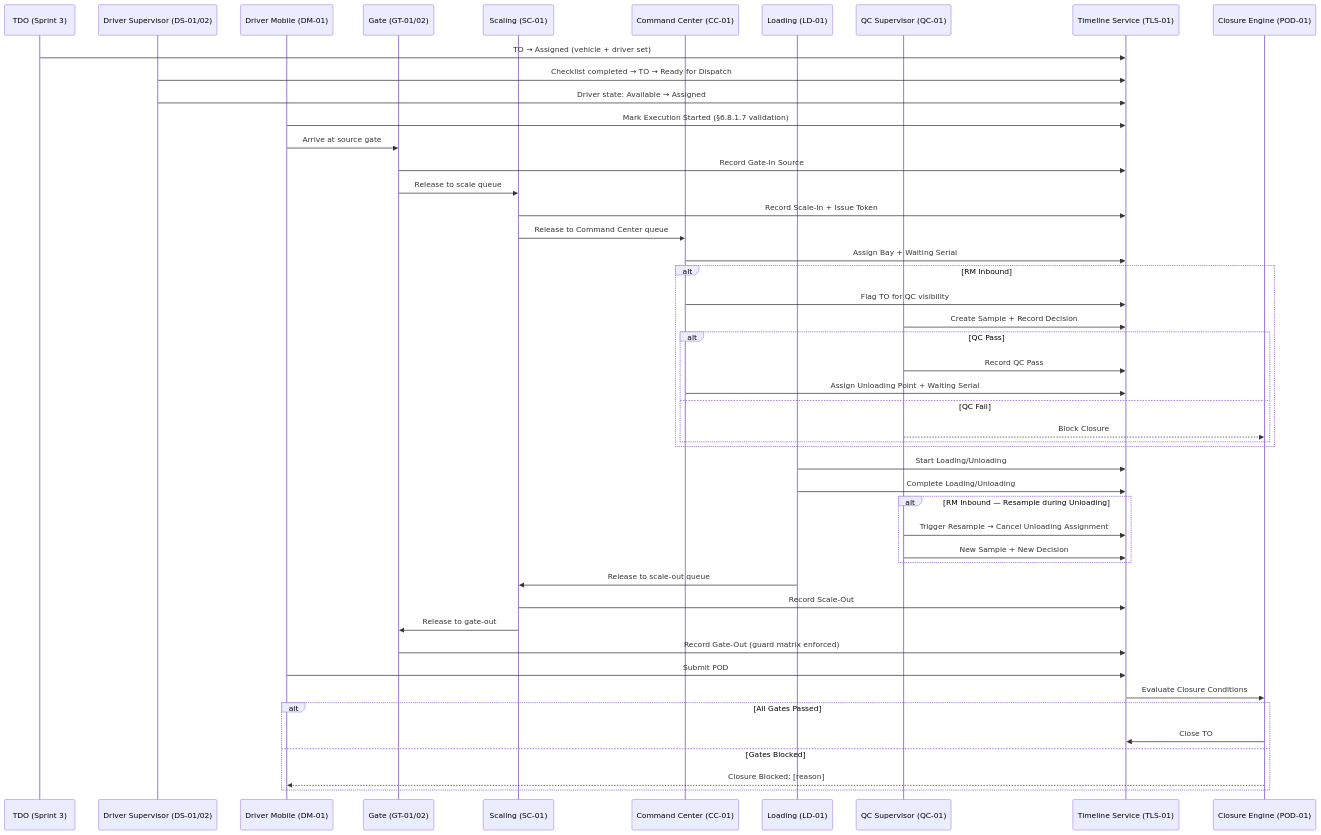
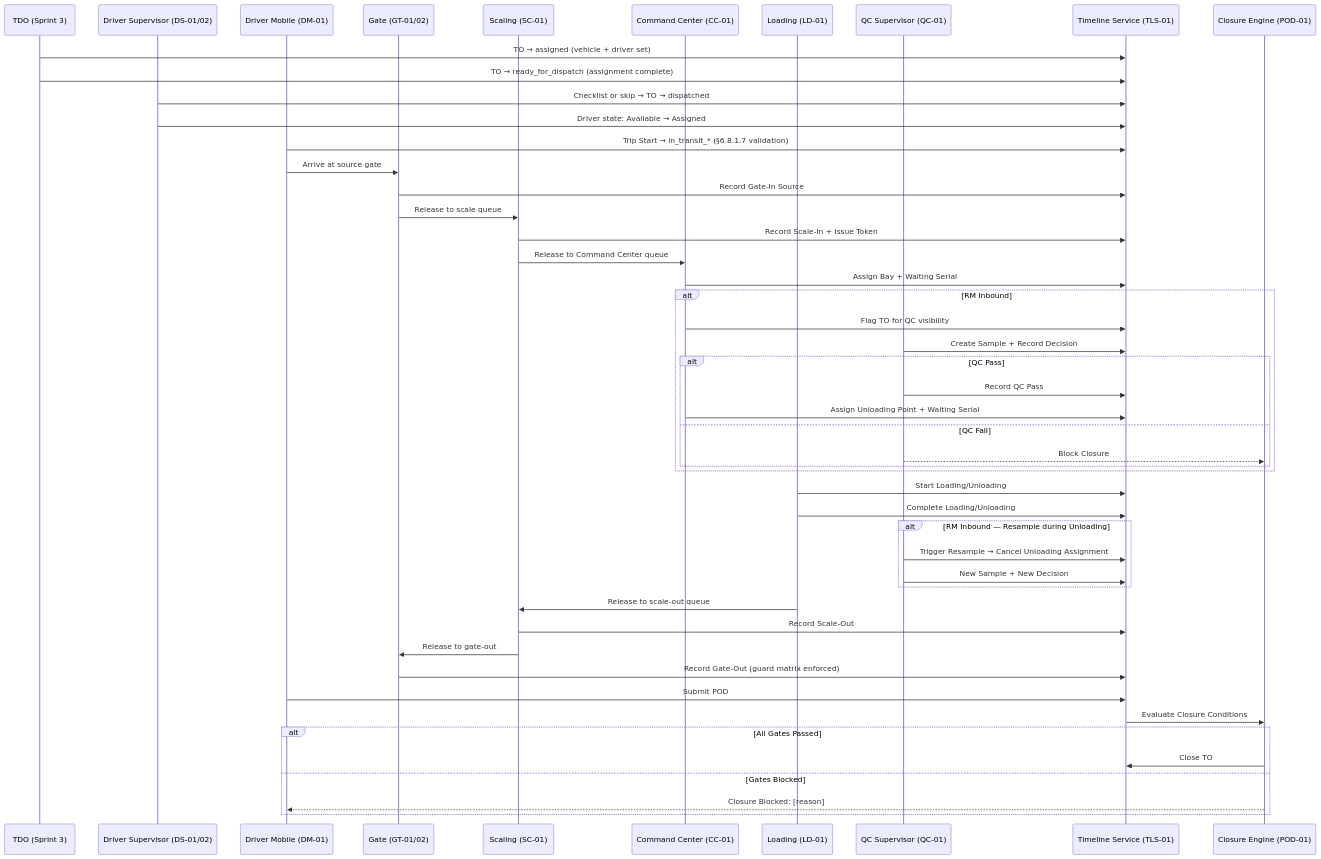
Before and after one commit to sbu-europe/dfms-naming-campaign: the diagram in 05-modules/SPRINT-4-IMPLEMENTATION-OVERVIEW.md, drawn with Mermaid. The commit also changed other lines of this file and 6 other files, not shown here.

Commit message:
feat(Sprint-5): Enhance feedback resolution and execution flow documentation for TO state sequence alignment. Update AC amendment for cross-story alignment, clarify driver interface transitions, and revise implementation overview to reflect changes in status handling and last updated dates.

````diff
--- a/05-modules/SPRINT-4-IMPLEMENTATION-OVERVIEW.md
+++ b/05-modules/SPRINT-4-IMPLEMENTATION-OVERVIEW.md
@@ -402,51 +404,52 @@
 ```mermaid
 sequenceDiagram
     participant TDO as TDO (Sprint 3)
     participant Supervisor as Driver Supervisor (DS-01/02)
     participant Driver as Driver Mobile (DM-01)
     participant Gate as Gate (GT-01/02)
     participant Scale as Scaling (SC-01)
     participant CC as Command Center (CC-01)
     participant Load as Loading (LD-01)
     participant QC as QC Supervisor (QC-01)
     participant Timeline as Timeline Service (TLS-01)
     participant Closure as Closure Engine (POD-01)
     
-    TDO->>Timeline: TO → Assigned (vehicle + driver set)
-    Supervisor->>Timeline: Checklist completed → TO → Ready for Dispatch
+    TDO->>Timeline: TO → assigned (vehicle + driver set)
+    TDO->>Timeline: TO → ready_for_dispatch (assignment complete)
+    Supervisor->>Timeline: Checklist or skip → TO → dispatched
     Supervisor->>Timeline: Driver state: Available → Assigned
-    Driver->>Timeline: Mark Execution Started (§6.8.1.7 validation)
+    Driver->>Timeline: Trip Start → in_transit_* (§6.8.1.7 validation)
     Driver->>Gate: Arrive at source gate
     Gate->>Timeline: Record Gate-In Source
     Gate->>Scale: Release to scale queue
     Scale->>Timeline: Record Scale-In + Issue Token
     Scale->>CC: Release to Command Center queue
     CC->>Timeline: Assign Bay + Waiting Serial
     alt RM Inbound
         CC->>Timeline: Flag TO for QC visibility
         QC->>Timeline: Create Sample + Record Decision
         alt QC Pass
             QC->>Timeline: Record QC Pass
             CC->>Timeline: Assign Unloading Point + Waiting Serial
         else QC Fail
             QC-->>Closure: Block Closure
         end
     end
     Load->>Timeline: Start Loading/Unloading
     Load->>Timeline: Complete Loading/Unloading
     alt RM Inbound — Resample during Unloading
         QC->>Timeline: Trigger Resample → Cancel Unloading Assignment
         QC->>Timeline: New Sample + New Decision
     end
     Load->>Scale: Release to scale-out queue
     Scale->>Timeline: Record Scale-Out
     Scale->>Gate: Release to gate-out
     Gate->>Timeline: Record Gate-Out (guard matrix enforced)
     Driver->>Timeline: Submit POD
     Timeline->>Closure: Evaluate Closure Conditions
     alt All Gates Passed
         Closure->>Timeline: Close TO
     else Gates Blocked
         Closure-->>Driver: Closure Blocked: [reason]
     end
 ```
````
